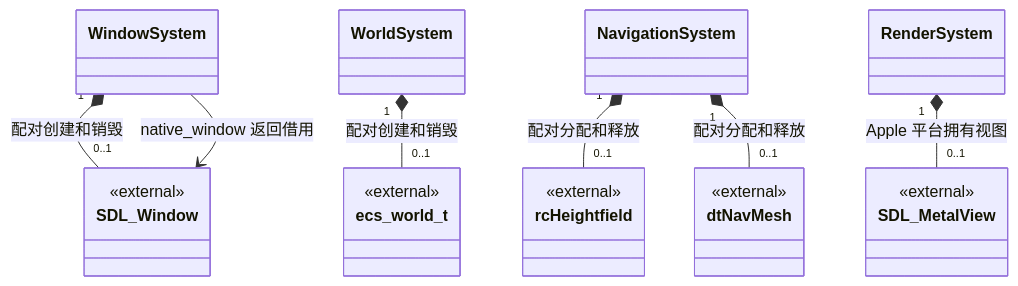
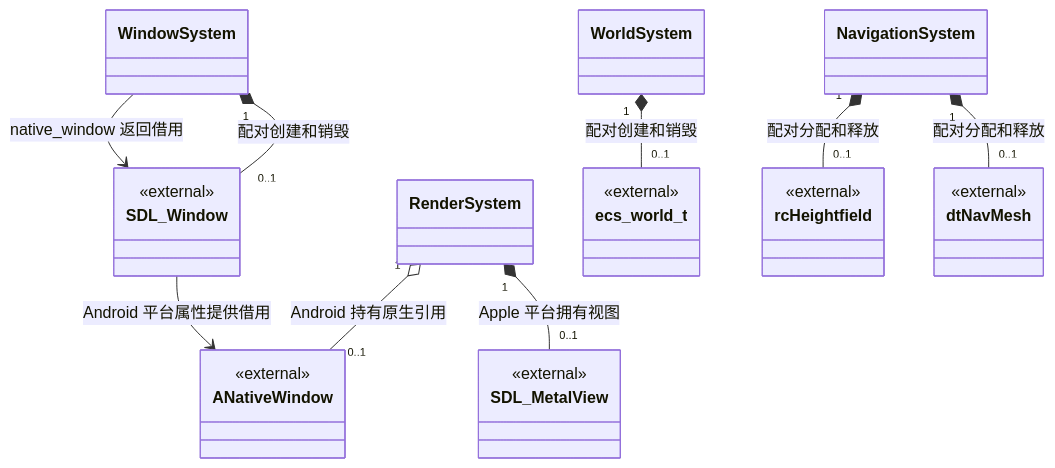
The seventh of 8 diagrams in docs/class-diagrams/references.md (lcals/Engine), drawn with Mermaid before and after one commit. The commit also changed other lines of this file and 63 other files, not shown here.

````diff
--- a/docs/class-diagrams/references.md
+++ b/docs/class-diagrams/references.md
@@ -134,29 +129,34 @@
 ```mermaid
 classDiagram
     direction TB
     class WindowSystem
     class WorldSystem
     class NavigationSystem
     class RenderSystem
+    class ANativeWindow {
+        <<external>>
+    }
     class SDL_MetalView {
         <<external>>
     }
     class SDL_Window {
         <<external>>
     }
     class ecs_world_t {
         <<external>>
     }
     class rcHeightfield {
         <<external>>
     }
     class dtNavMesh {
         <<external>>
     }
+    RenderSystem "1" o-- "0..1" ANativeWindow : Android 持有原生引用
     RenderSystem "1" *-- "0..1" SDL_MetalView : Apple 平台拥有视图
     WindowSystem "1" *-- "0..1" SDL_Window : 配对创建和销毁
     WindowSystem --> SDL_Window : native_window 返回借用
+    SDL_Window --> ANativeWindow : Android 平台属性提供借用
     WorldSystem "1" *-- "0..1" ecs_world_t : 配对创建和销毁
     NavigationSystem "1" *-- "0..1" rcHeightfield : 配对分配和释放
     NavigationSystem "1" *-- "0..1" dtNavMesh : 配对分配和释放
 ```
````
